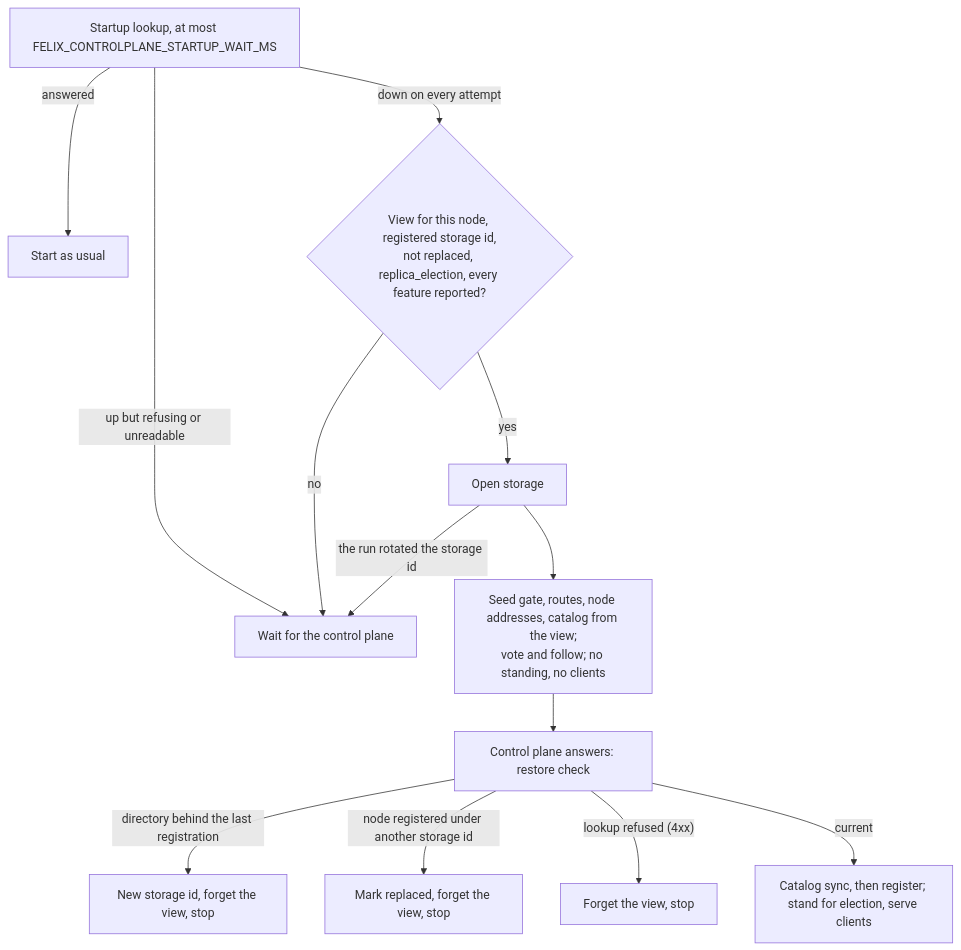
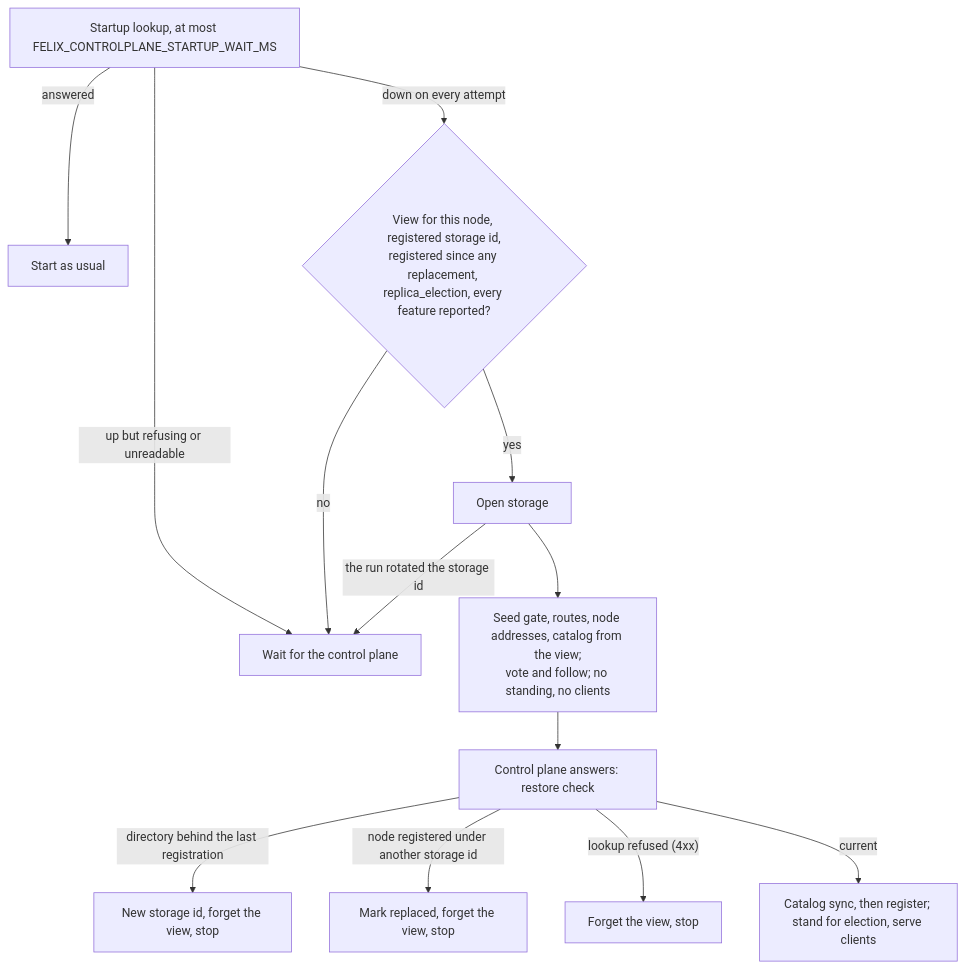
The diagram in docs/control-plane.md (GetFelix/felix), drawn with Mermaid before and after one commit. The commit also changed other lines of this file and 3 other files, not shown here.

````diff
--- a/docs/control-plane.md
+++ b/docs/control-plane.md
@@ -522,15 +528,15 @@
 ```mermaid
 flowchart TD
     A["Startup lookup, at most FELIX_CONTROLPLANE_STARTUP_WAIT_MS"] -- "answered" --> N["Start as usual"]
     A -- "up but refusing or unreadable" --> W["Wait for the control plane"]
-    A -- "down on every attempt" --> Q{"View for this node, registered storage id,<br/>not replaced, replica_election, every feature reported?"}
+    A -- "down on every attempt" --> Q{"View for this node, registered storage id,<br/>registered since any replacement, replica_election, every feature reported?"}
     Q -- "no" --> W
     Q -- "yes" --> O["Open storage"]
     O -- "the run rotated the storage id" --> W
     O --> V["Seed gate, routes, node addresses, catalog from the view;<br/>vote and follow; no standing, no clients"]
     V --> C["Control plane answers: restore check"]
     C -- "directory behind the last registration" --> X["New storage id, forget the view, stop"]
     C -- "node registered under another storage id" --> Y["Mark replaced, forget the view, stop"]
     C -- "lookup refused (4xx)" --> Z["Forget the view, stop"]
     C -- "current" --> R["Catalog sync, then register; stand for election, serve clients"]
 ```
````
